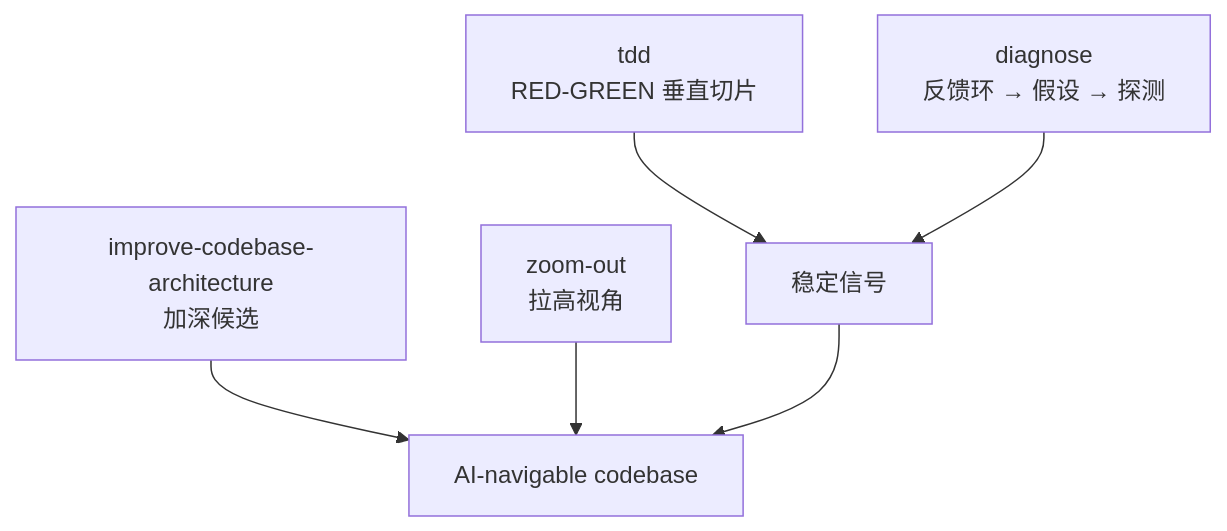
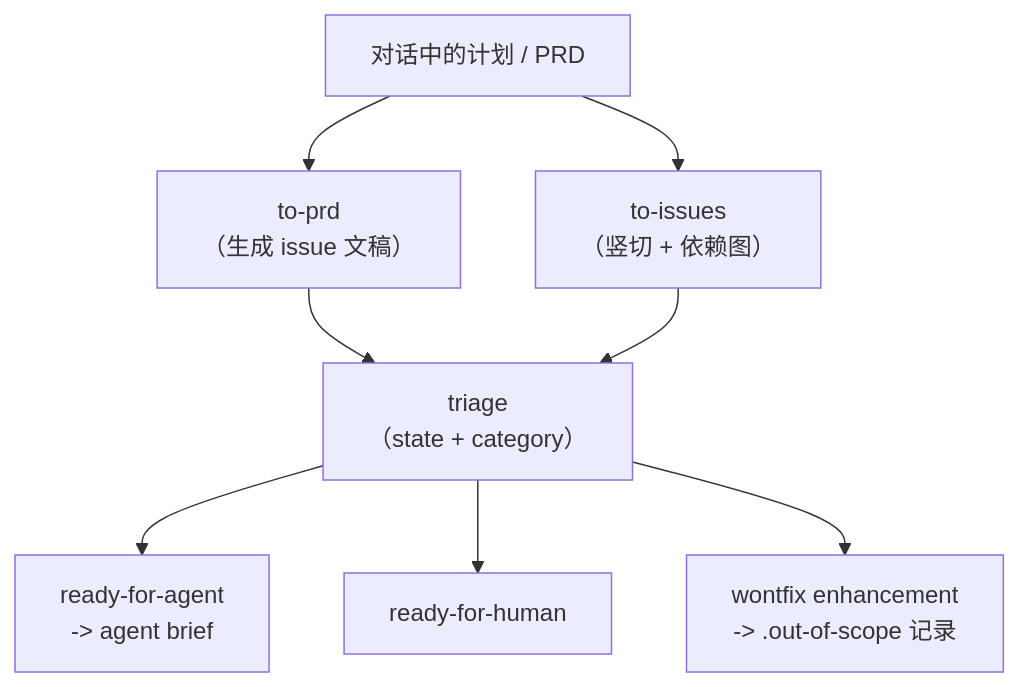
Before and after one commit to dragonforce2010/awesome-ai-repos-deepwiki: the sixth of 7 diagrams in project-wiki/skills/exports/full-wiki.md, drawn with Mermaid. The commit also changed other lines of this file and 36 other files, not shown here.

````diff
--- a/project-wiki/skills/exports/full-wiki.md
+++ b/project-wiki/skills/exports/full-wiki.md
@@ -919,8 +898,10 @@
 ```mermaid
 flowchart TD
-  TDD["tdd<br/>RED-GREEN 垂直切片"] --> FB["稳定信号"]
-  DIAG["diagnose<br/>反馈环 → 假设 → 探测"] --> FB
-  IMP["improve-codebase-architecture<br/>加深候选"] --> NAV["AI-navigable codebase"]
-  ZOOM["zoom-out<br/>拉高视角"] --> NAV
-  FB --> NAV
+  PLAN["对话中的计划 / PRD"] --> PRD["to-prd<br/>（生成 issue 文稿）"]
+  PLAN --> SLICE["to-issues<br/>（竖切 + 依赖图）"]
+  PRD --> TRI["triage<br/>（state + category）"]
+  SLICE --> TRI
+  TRI --> AGENT["ready-for-agent<br/>-> agent brief"]
+  TRI --> HUMAN["ready-for-human"]
+  TRI --> OOS["wontfix enhancement<br/>-> .out-of-scope 记录"]
 ```
````
